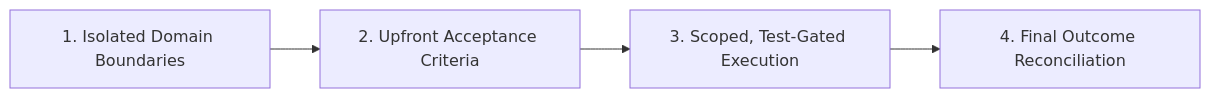
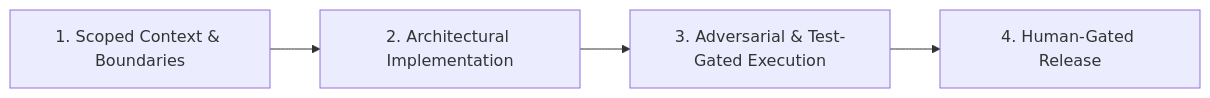
One commit to This-is-Luke/This-is-Luke changed the diagram in README.md. Above: the diagram before and after it, drawn with Mermaid. The commit also changed other lines of this file, not shown here.

````diff
--- a/README.md
+++ b/README.md
@@ -31,6 +31,6 @@
 ```mermaid
 flowchart LR
-  A["1. Isolated Domain Boundaries"] --> B["2. Upfront Acceptance Criteria"]
-  B --> C["3. Scoped, Test-Gated Execution"]
-  C --> D["4. Final Outcome Reconciliation"]
+  A["1. Scoped Context & Boundaries"] --> B["2. Architectural Implementation"]
+  B --> C["3. Adversarial & Test-Gated Execution"]
+  C --> D["4. Human-Gated Release"]
 ```
````
